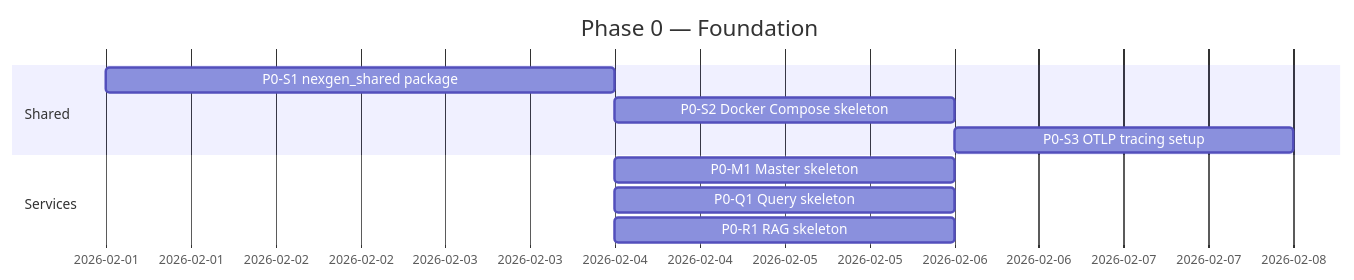
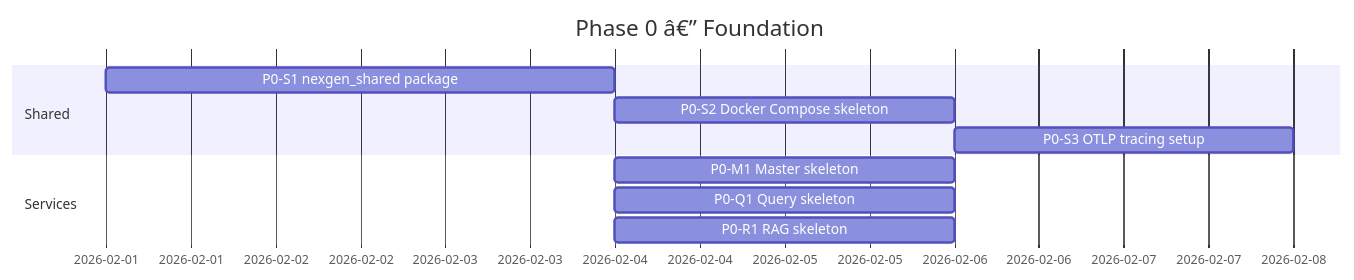
One commit to B4S1C-Coder/NexGen changed the diagram in TASKS.md. Above: the diagram before and after it, drawn with Mermaid. The commit also changed other lines of this file and 2 other files, not shown here.

````diff
--- a/TASKS.md
+++ b/TASKS.md
@@ -15,13 +15,13 @@
 ```mermaid
 gantt
-    title Phase 0 — Foundation
+    title Phase 0 â€” Foundation
     dateFormat YYYY-MM-DD
     section Shared
     P0-S1 nexgen_shared package      :p0s1, 2026-02-01, 3d
     P0-S2 Docker Compose skeleton    :p0s2, after p0s1, 2d
     P0-S3 OTLP tracing setup         :p0s3, after p0s2, 2d
     section Services
     P0-M1 Master skeleton            :p0m1, after p0s1, 2d
     P0-Q1 Query skeleton             :p0q1, after p0s1, 2d
     P0-R1 RAG skeleton               :p0r1, after p0s1, 2d
 ```
````
